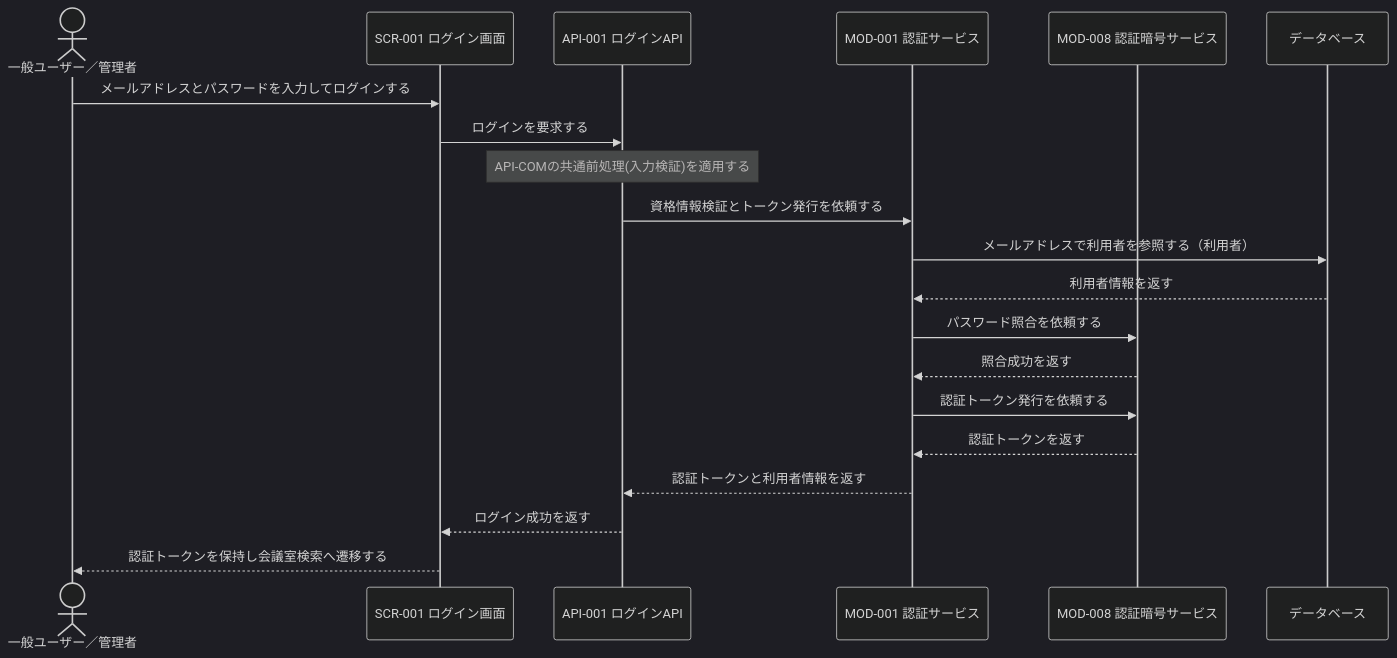
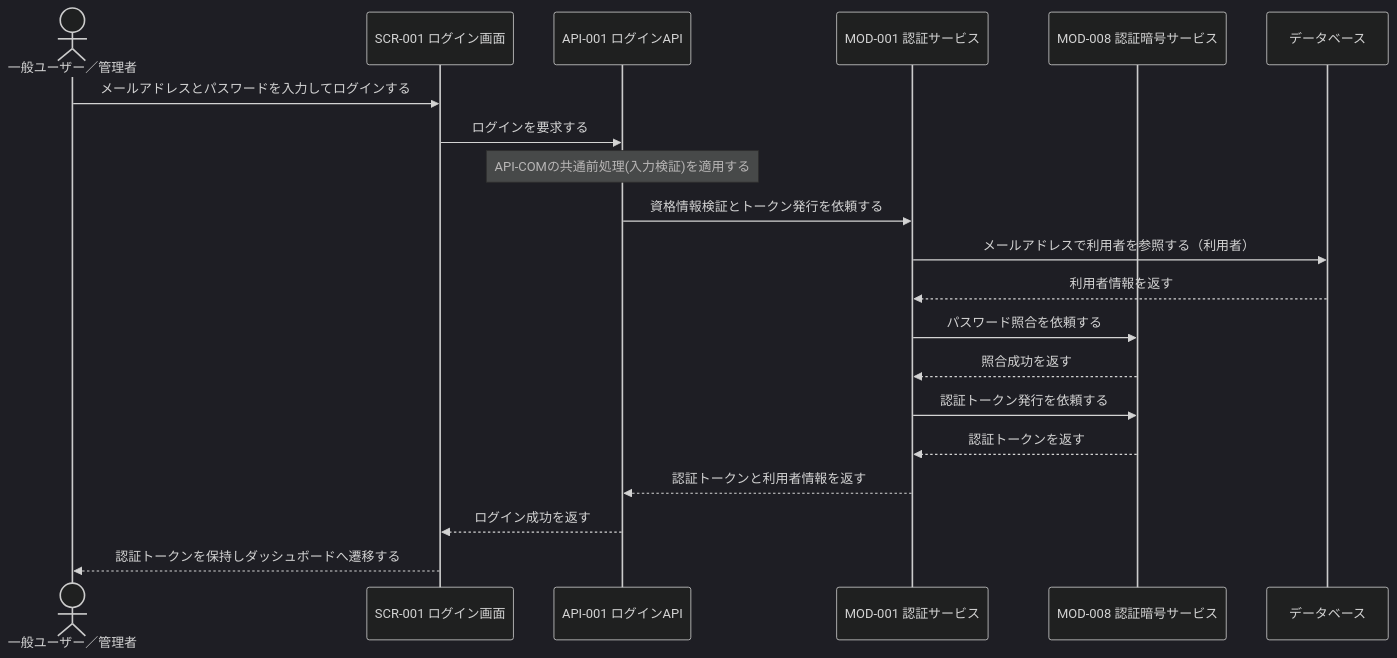
Before and after one commit to sikakou54/system-document-template: the first of 2 diagrams in docs/03_機能設計/02_シーケンス設計/SEQ-005_ログインシーケンス.md, drawn with Mermaid (dark theme). The commit also changed other lines of this file and 136 other files, not shown here.

````diff
--- a/docs/03_機能設計/02_シーケンス設計/SEQ-005_ログインシーケンス.md
+++ b/docs/03_機能設計/02_シーケンス設計/SEQ-005_ログインシーケンス.md
@@ -34,23 +42,23 @@
 ```mermaid
 sequenceDiagram
     actor U as 一般ユーザー／管理者
     participant UI as SCR-001 ログイン画面
     participant API as API-001 ログインAPI
     participant AUTH as MOD-001 認証サービス
     participant CRYPTO as MOD-008 認証暗号サービス
     participant DB as データベース
 
     U->>UI: メールアドレスとパスワードを入力してログインする
     UI->>API: ログインを要求する
     Note over API: API-COMの共通前処理(入力検証)を適用する
     API->>AUTH: 資格情報検証とトークン発行を依頼する
     AUTH->>DB: メールアドレスで利用者を参照する（利用者）
     DB-->>AUTH: 利用者情報を返す
     AUTH->>CRYPTO: パスワード照合を依頼する
     CRYPTO-->>AUTH: 照合成功を返す
     AUTH->>CRYPTO: 認証トークン発行を依頼する
     CRYPTO-->>AUTH: 認証トークンを返す
     AUTH-->>API: 認証トークンと利用者情報を返す
     API-->>UI: ログイン成功を返す
-    UI-->>U: 認証トークンを保持し会議室検索へ遷移する
+    UI-->>U: 認証トークンを保持しダッシュボードへ遷移する
 ```
````
